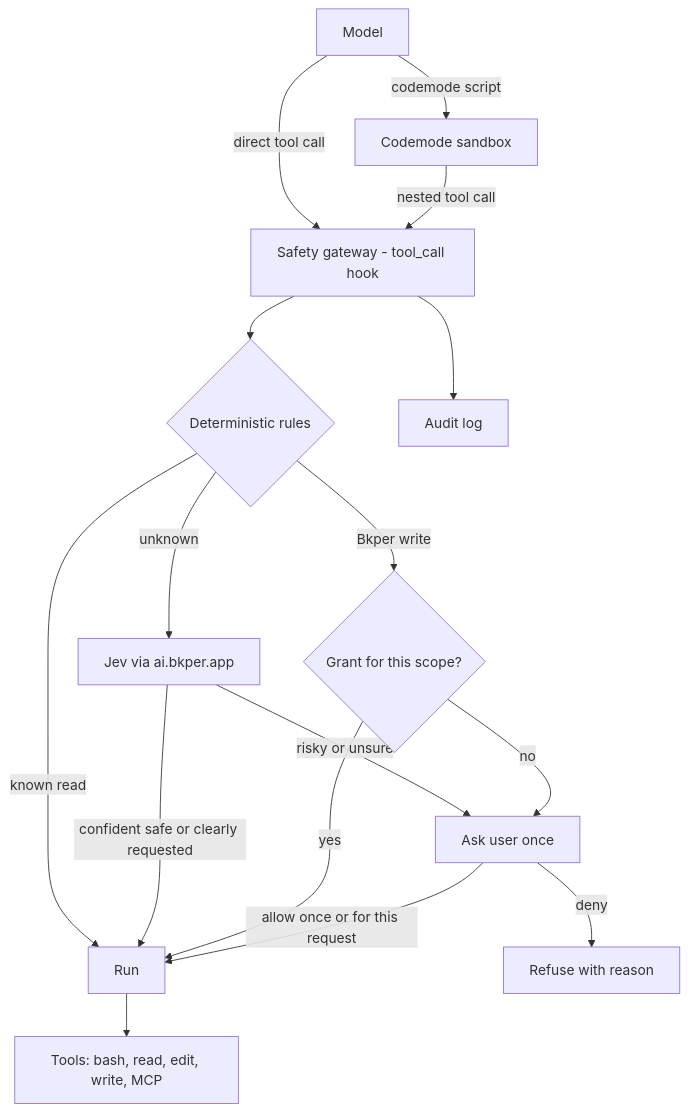
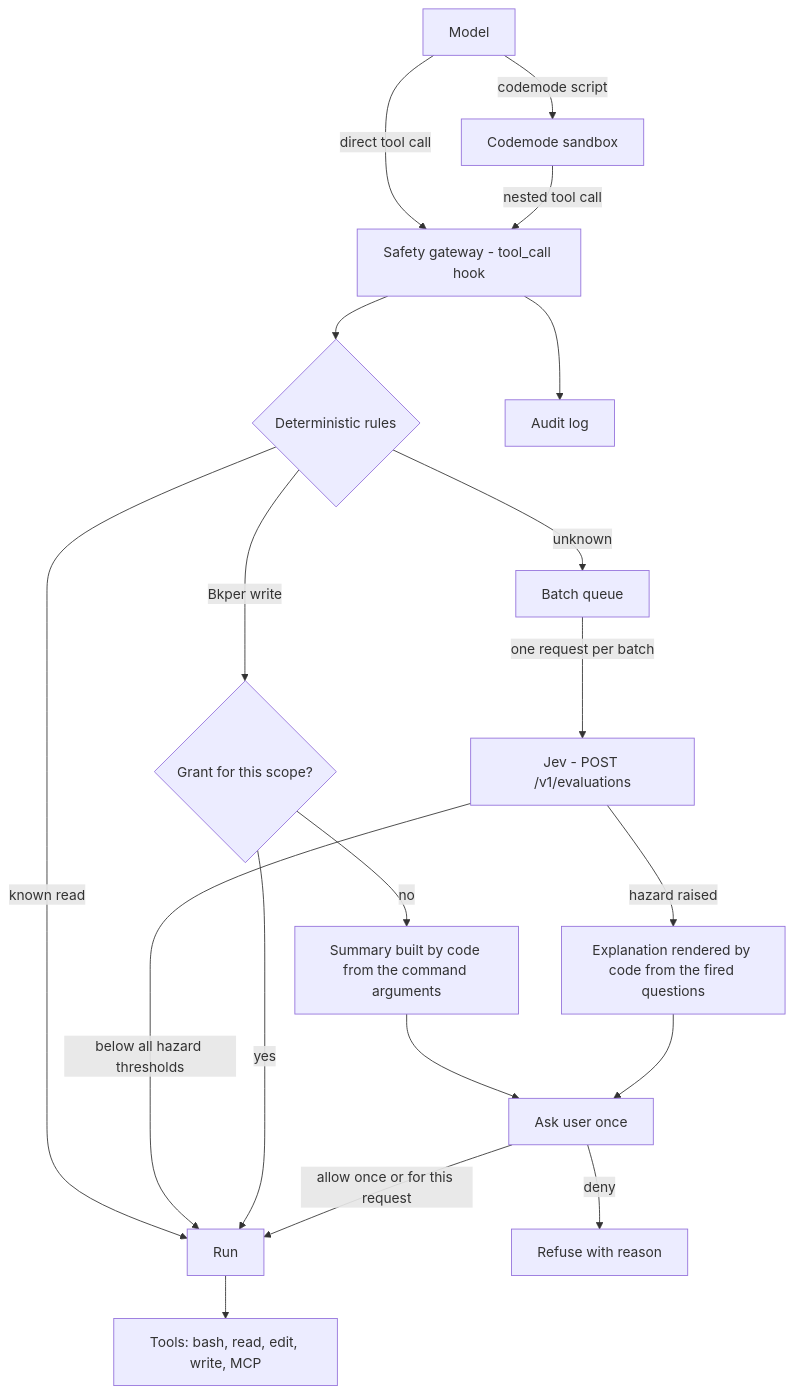
The diagram in docs/plans/agent-codemode-safety-mcp.md (bkper/bkper-cli), drawn with Mermaid before and after one commit. The commit also changed other lines of this file, not shown here.

````diff
--- a/docs/plans/agent-codemode-safety-mcp.md
+++ b/docs/plans/agent-codemode-safety-mcp.md
@@ -50,20 +74,23 @@
 ```mermaid
 flowchart TD
     M[Model] -->|direct tool call| G
     M -->|codemode script| CM[Codemode sandbox]
     CM -->|nested tool call| G
 
     G[Safety gateway - tool_call hook] --> D{Deterministic rules}
     D -->|known read| ALLOW[Run]
     D -->|Bkper write| GR{Grant for this scope?}
-    D -->|unknown| J[Jev via ai.bkper.app]
-    J -->|confident safe or clearly requested| ALLOW
-    J -->|risky or unsure| ASK[Ask user once]
+    D -->|unknown| Q[Batch queue]
+    Q -->|one request per batch| J[Jev - POST /v1/evaluations]
+    J -->|below all hazard thresholds| ALLOW
+    J -->|hazard raised| X[Explanation rendered by code from the fired questions]
     GR -->|yes| ALLOW
-    GR -->|no| ASK
+    GR -->|no| CS[Summary built by code from the command arguments]
+    CS --> ASK[Ask user once]
+    X --> ASK
     ASK -->|allow once or for this request| ALLOW
     ASK -->|deny| DENY[Refuse with reason]
 
     ALLOW --> T[Tools: bash, read, edit, write, MCP]
     G --> LOG[Audit log]
 ```
````
